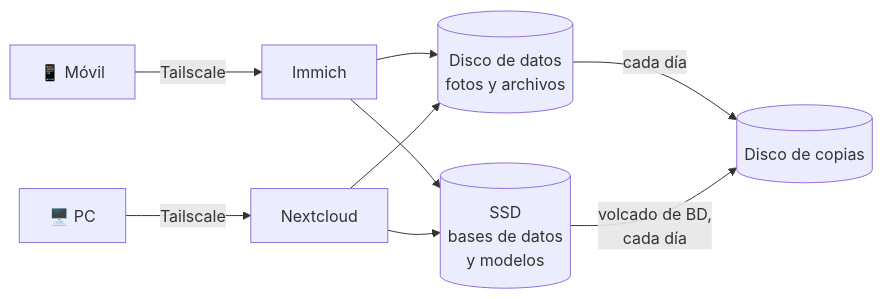
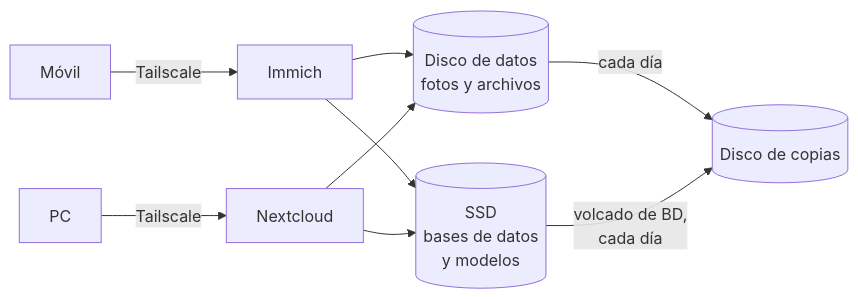
Before and after one commit to m0uwastaken/homelab: the diagram in docs/13-fotos-y-archivos.md, drawn with Mermaid. The commit also changed 8 other files, not shown here.

First line of the commit message:
Actualiza el diagrama de red con el switch y quita los emojis de los diagramas

````diff
--- a/docs/13-fotos-y-archivos.md
+++ b/docs/13-fotos-y-archivos.md
@@ -14,11 +14,11 @@
 ```mermaid
 flowchart LR
-    MOV["📱 Móvil"] -->|"Tailscale"| IM["Immich"]
-    PC["🖥️ PC"] -->|"Tailscale"| NC["Nextcloud"]
+    MOV["Móvil"] -->|"Tailscale"| IM["Immich"]
+    PC["PC"] -->|"Tailscale"| NC["Nextcloud"]
     IM --> HDD[("Disco de datos<br/>fotos y archivos")]
     NC --> HDD
     IM --> SSD[("SSD<br/>bases de datos<br/>y modelos")]
     NC --> SSD
     HDD -->|"cada día"| WD[("Disco de copias")]
     SSD -->|"volcado de BD,<br/>cada día"| WD
 ```
````
